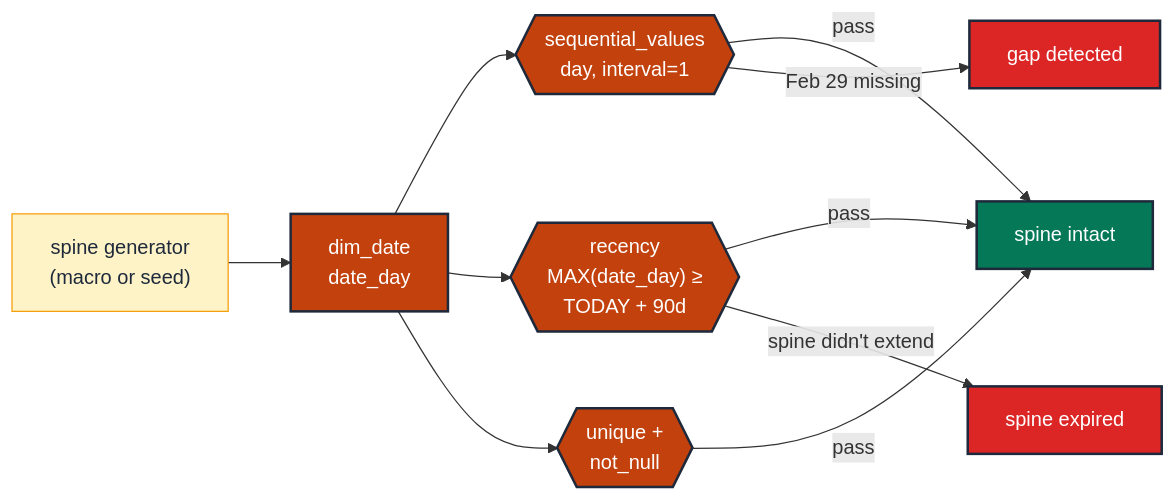
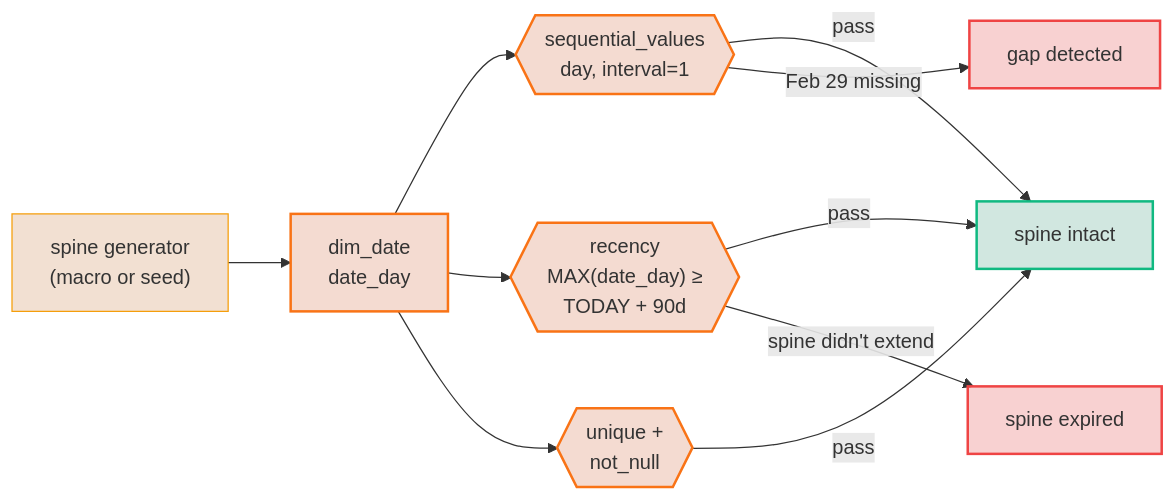
The diagram in docs/guides/testing_taxonomy/time/TM-GR-01-calendar-spine.md (neozenith/dbt-gcp-jaffleshop), drawn with Mermaid before and after one commit. The commit also changed 36 other files, not shown here.

First line of the commit message:
docs(taxonomy): rework guide entry-point + WCAG-AAA dual-theme mermaid palette (#19)

````diff
--- a/docs/guides/testing_taxonomy/time/TM-GR-01-calendar-spine.md
+++ b/docs/guides/testing_taxonomy/time/TM-GR-01-calendar-spine.md
@@ -99,22 +99,22 @@
 ```mermaid
 flowchart LR
     spineGen["spine generator<br/>(macro or seed)"]:::source --> dim["dim_date<br/>date_day"]:::timePrimary
 
     dim --> t1{{"sequential_values<br/>day, interval=1"}}:::gate
     dim --> t2{{"recency<br/>MAX(date_day) ≥<br/>TODAY + 90d"}}:::gate
     dim --> t3{{"unique +<br/>not_null"}}:::gate
 
     t1 -- pass --> ok["spine intact"]:::ok
     t2 -- pass --> ok
     t3 -- pass --> ok
 
     t1 -- "Feb 29 missing" --> fail["gap detected"]:::fail
     t2 -- "spine didn't extend" --> stale["spine expired"]:::fail
 
-    classDef source       fill:#fef3c7,stroke:#f59e0b,color:#1e293b,stroke-width:1px
-    classDef timePrimary  fill:#c2410c,stroke:#1e293b,color:#fff,stroke-width:2px
-    classDef gate         fill:#c2410c,stroke:#1e293b,color:#fff,stroke-width:2px
-    classDef ok           fill:#047857,stroke:#1e293b,color:#fff,stroke-width:2px
-    classDef fail         fill:#dc2626,stroke:#1e293b,color:#fff,stroke-width:2px
-    classDef stale        fill:#dc2626,stroke:#1e293b,color:#fff,stroke-width:2px
+    classDef source fill:#b453092e,stroke:#f59e0b,stroke-width:1px
+    classDef timePrimary fill:#c2410c30,stroke:#f97316,stroke-width:2px
+    classDef gate fill:#c2410c30,stroke:#f97316,stroke-width:2px
+    classDef ok fill:#0478572e,stroke:#10b981,stroke-width:2px
+    classDef fail fill:#dc262636,stroke:#ef4444,stroke-width:2px
+    classDef stale fill:#dc262636,stroke:#ef4444,stroke-width:2px
 ```
````
